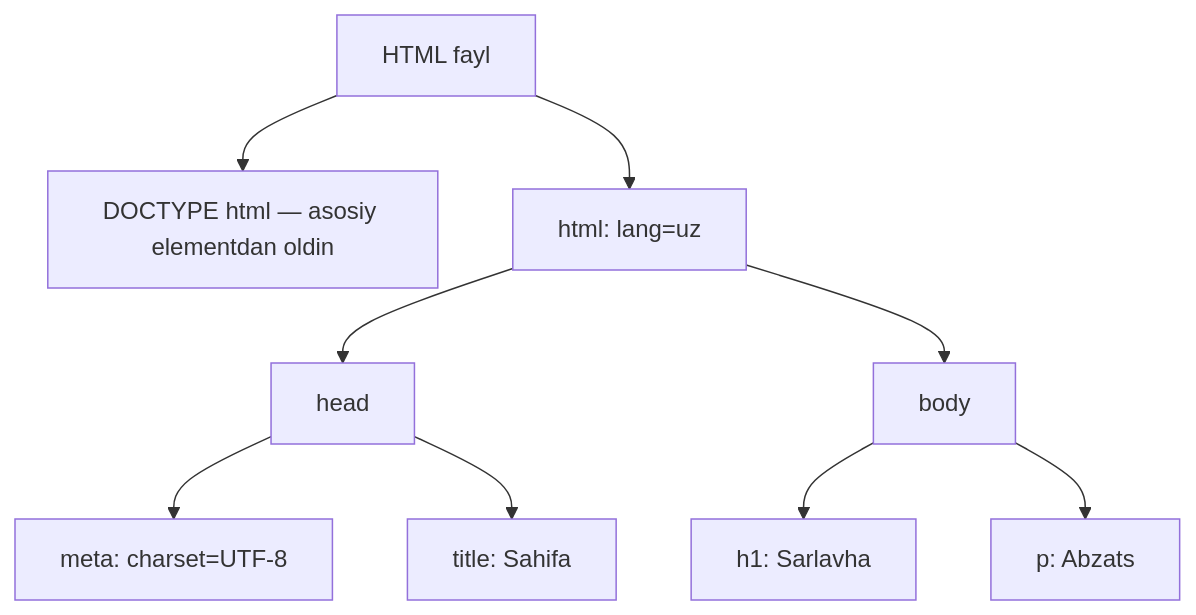
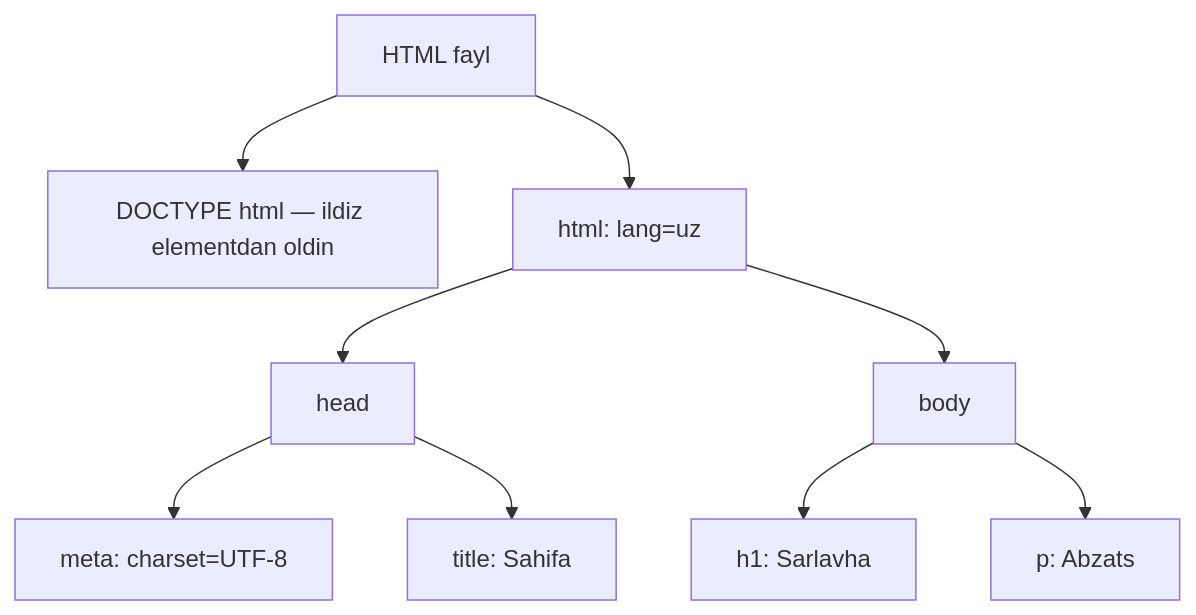
Before and after one commit to JLearn-space/JLearn-docs: the second of 2 diagrams in HTML/Lesson-1/uz/HTML ga kirish hujjat tuzilishi.md, drawn with Mermaid. The commit also changed other lines of this file and 148 other files, not shown here.

````diff
--- a/HTML/Lesson-1/uz/HTML ga kirish hujjat tuzilishi.md
+++ b/HTML/Lesson-1/uz/HTML ga kirish hujjat tuzilishi.md
@@ -230,11 +198,11 @@
 ```mermaid
 flowchart TD
-    F["HTML fayl"] --> A["DOCTYPE html — asosiy elementdan oldin"]
+    F["HTML fayl"] --> A["DOCTYPE html — ildiz elementdan oldin"]
     F --> B["html: lang=uz"]
     B --> C["head"]
     B --> D["body"]
     C --> C1["meta: charset=UTF-8"]
     C --> C2["title: Sahifa"]
     D --> D1["h1: Sarlavha"]
     D --> D2["p: Abzats"]
 ```
````
